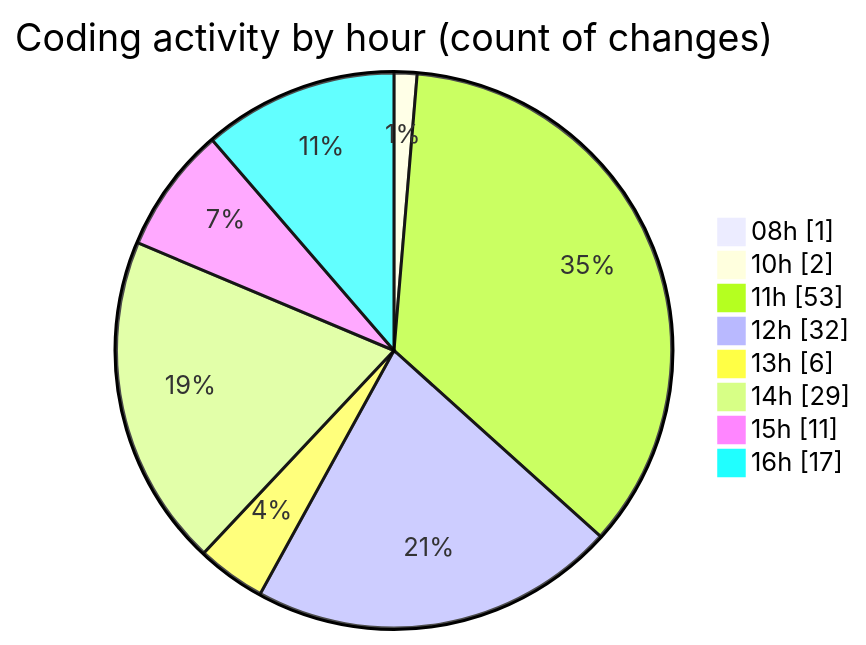
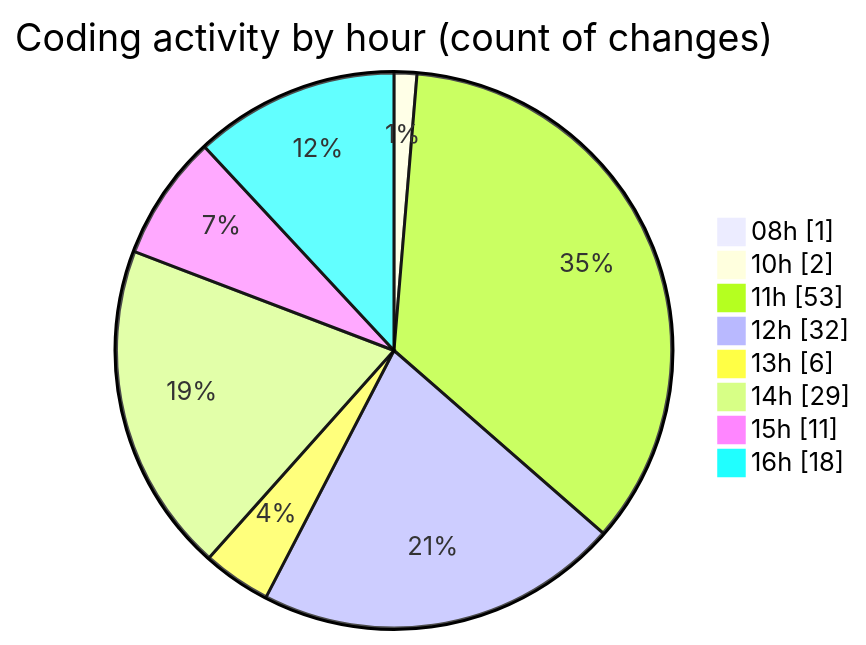
One commit to momahboobian/code-tracking changed the second of 2 diagrams in 2025-07-03/cda/README.md. Above: the diagram before and after it, drawn with Mermaid. The commit also changed other lines of this file and 1 other file, not shown here.

````diff
--- a/2025-07-03/cda/README.md
+++ b/2025-07-03/cda/README.md
@@ -50,12 +50,12 @@
 ```mermaid
 pie showData
 title Coding activity by hour (count of changes)
 "08h" : 1
 "10h" : 2
 "11h" : 53
 "12h" : 32
 "13h" : 6
 "14h" : 29
 "15h" : 11
-"16h" : 17
+"16h" : 18
 ```
````
